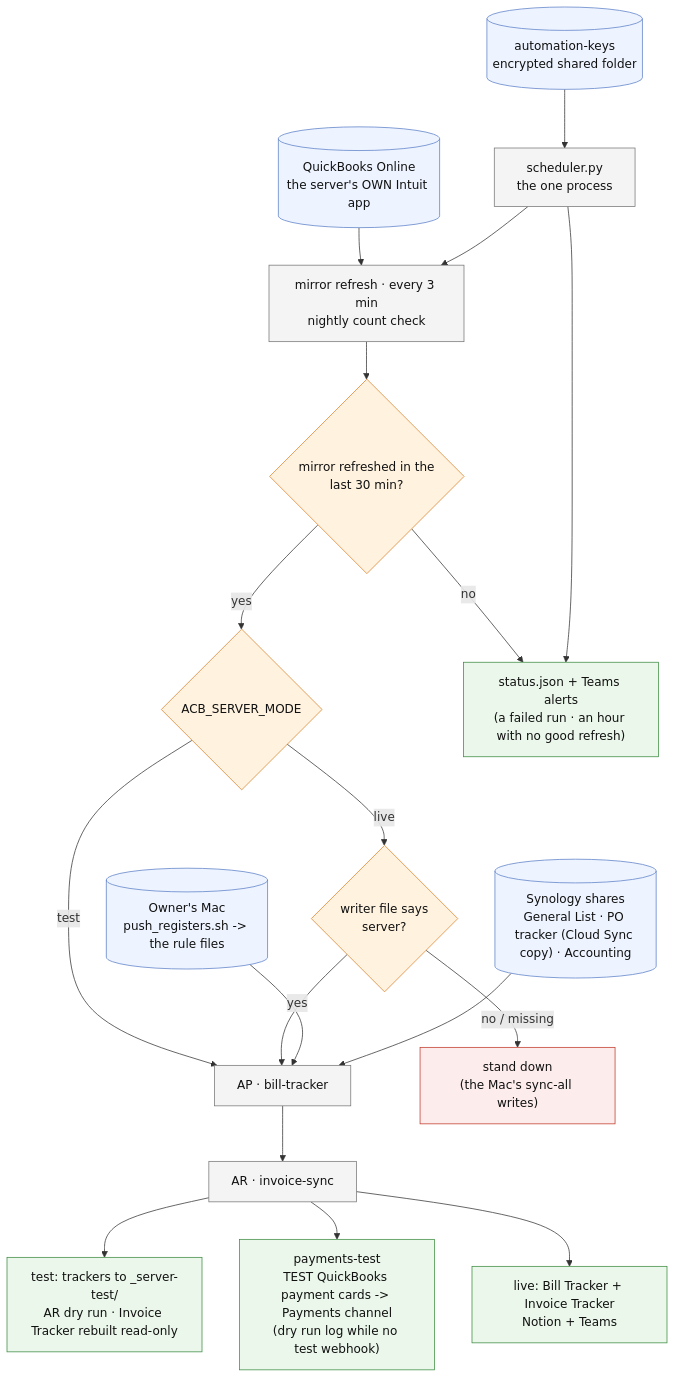
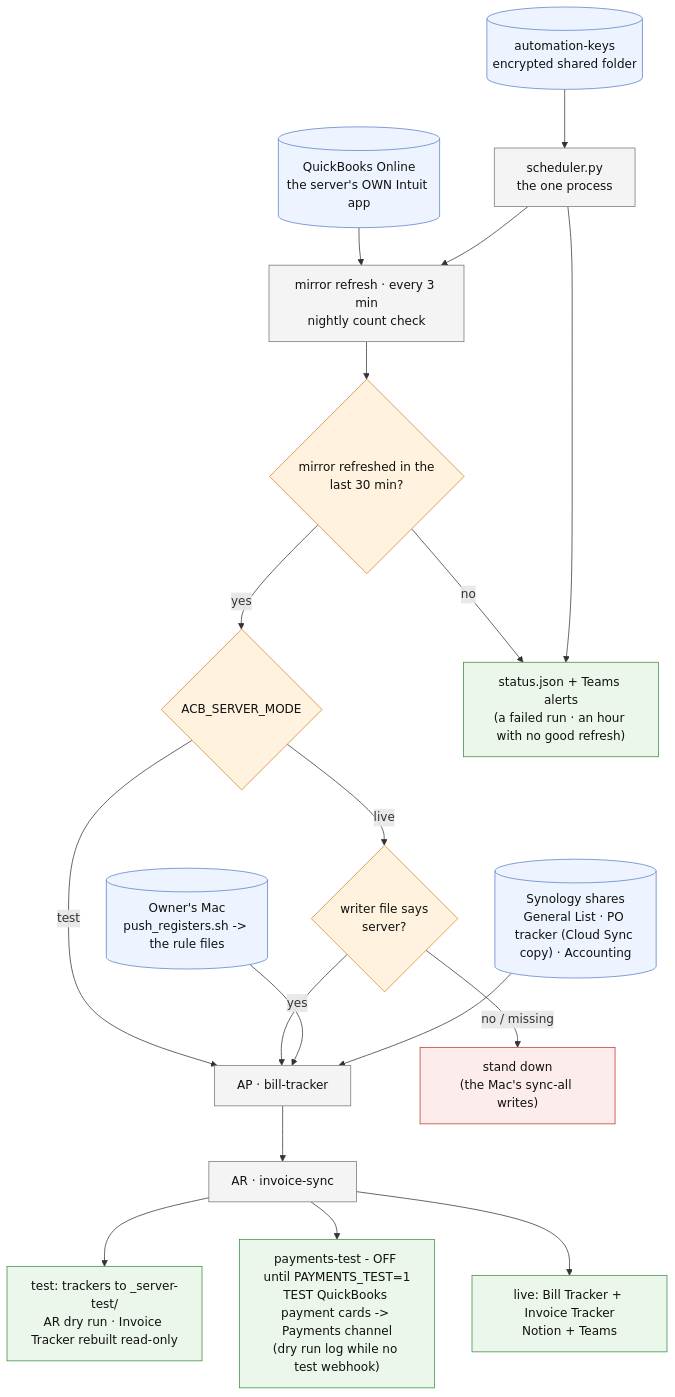
One commit to Ecarlo-Proficient/Claude-Report changed the diagram in docker/FLOW.md. Above: the diagram before and after it, drawn with Mermaid. The commit also changed other lines of this file and 3 other files, not shown here.

Commit message:
office server: payments-test is off by default (PAYMENTS_TEST=1) until the base AP/AR run is proven

````diff
--- a/docker/FLOW.md
+++ b/docker/FLOW.md
@@ -9,43 +9,43 @@
 ```mermaid
 flowchart TD
     classDef src fill:#eef4ff,stroke:#5b7fc7,color:#111
     classDef tool fill:#f4f4f4,stroke:#777,color:#111
     classDef gate fill:#fff3e0,stroke:#d9822b,color:#111
     classDef out fill:#eaf7ea,stroke:#3c8d40,color:#111
     classDef stop fill:#fdecec,stroke:#c0392b,color:#111
 
     QBO[("QuickBooks Online<br/>the server's OWN Intuit app")]:::src
     KEYS[("automation-keys<br/>encrypted shared folder")]:::src
     MAC[("Owner's Mac<br/>push_registers.sh -> the rule files")]:::src
     FILES[("Synology shares<br/>General List · PO tracker (Cloud Sync copy) · Accounting")]:::src
 
     CLOCK["scheduler.py<br/>the one process"]:::tool
     MIR["mirror refresh · every 3 min<br/>nightly count check"]:::tool
     STALE{"mirror refreshed in the<br/>last 30 min?"}:::gate
     MODE{"ACB_SERVER_MODE"}:::gate
     WRITER{"writer file says<br/>server?"}:::gate
     AP["AP · bill-tracker"]:::tool
     AR["AR · invoice-sync"]:::tool
     TEST["test: trackers to _server-test/<br/>AR dry run · Invoice Tracker rebuilt read-only"]:::out
-    PTEST["payments-test<br/>TEST QuickBooks payment cards -> Payments channel<br/>(dry run log while no test webhook)"]:::out
+    PTEST["payments-test - OFF until PAYMENTS_TEST=1<br/>TEST QuickBooks payment cards -> Payments channel<br/>(dry run log while no test webhook)"]:::out
     LIVE["live: Bill Tracker + Invoice Tracker<br/>Notion + Teams"]:::out
     DOWN["stand down<br/>(the Mac's sync-all writes)"]:::stop
     STATUS["status.json + Teams alerts<br/>(a failed run · an hour with no good refresh)"]:::out
 
     KEYS --> CLOCK
     QBO --> MIR
     CLOCK --> MIR --> STALE
     STALE -- no --> STATUS
     STALE -- yes --> MODE
     MODE -- test --> AP
     MODE -- live --> WRITER
     WRITER -- no / missing --> DOWN
     WRITER -- yes --> AP
     MAC --> AP
     FILES --> AP
     AP --> AR
     AR --> TEST
     AR --> PTEST
     AR --> LIVE
     CLOCK --> STATUS
 ```
````
